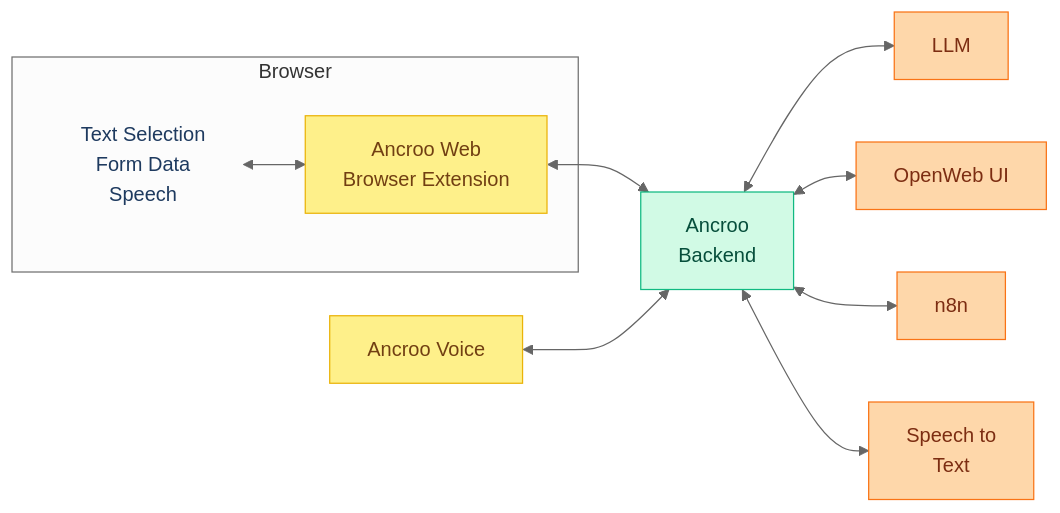
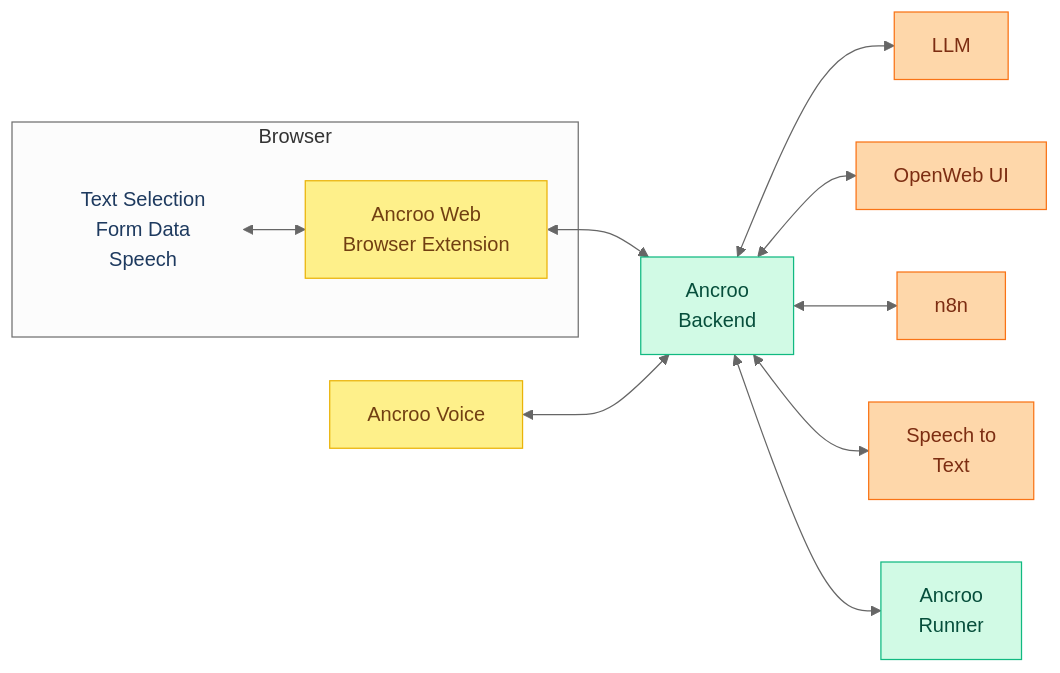
One commit to ancroo/ancroo changed the diagram in README.md. Above: the diagram before and after it, drawn with Mermaid. The commit also changed other lines of this file and 2 other files, not shown here.

Commit message:
feat: Add ancroo-runner to installer and documentation
- Add Runner to Mermaid architecture diagram, Components table, and Services table
- Clone ancroo-runner repo in install.sh
- Add ancroo.jpg brand asset

🤖 Generated with [Claude Code](https://claude.com/claude-code)

````diff
--- a/README.md
+++ b/README.md
@@ -24,32 +24,35 @@
 ```mermaid
 %%{init: {'theme': 'neutral'}}%%
 graph LR
     subgraph Browser["Browser"]
         input["Text Selection<br/>Form Data<br/>Speech"]
         extension["Ancroo Web<br/>Browser Extension"]
     end
 
     voice["Ancroo Voice"]
     backend["Ancroo<br/>Backend"]
+    runner["Ancroo<br/>Runner"]
     owui["OpenWeb UI"]
     llm["LLM"]
     n8n["n8n"]
     stt["Speech to<br/>Text"]
 
     input <--> extension
     extension <--> backend
     voice <--> backend
     backend <--> llm
     backend <--> owui
     backend <--> n8n
     backend <--> stt
+    backend <--> runner
 
     style input fill:transparent,stroke:transparent,color:#1e3a5f
     style extension fill:#fef08a,stroke:#eab308,color:#713f12
     style voice fill:#fef08a,stroke:#eab308,color:#713f12
     style backend fill:#d1fae5,stroke:#10b981,color:#064e3b
+    style runner fill:#d1fae5,stroke:#10b981,color:#064e3b
     style llm fill:#fed7aa,stroke:#f97316,color:#7c2d12
     style owui fill:#fed7aa,stroke:#f97316,color:#7c2d12
     style n8n fill:#fed7aa,stroke:#f97316,color:#7c2d12
     style stt fill:#fed7aa,stroke:#f97316,color:#7c2d12
 ```
````
